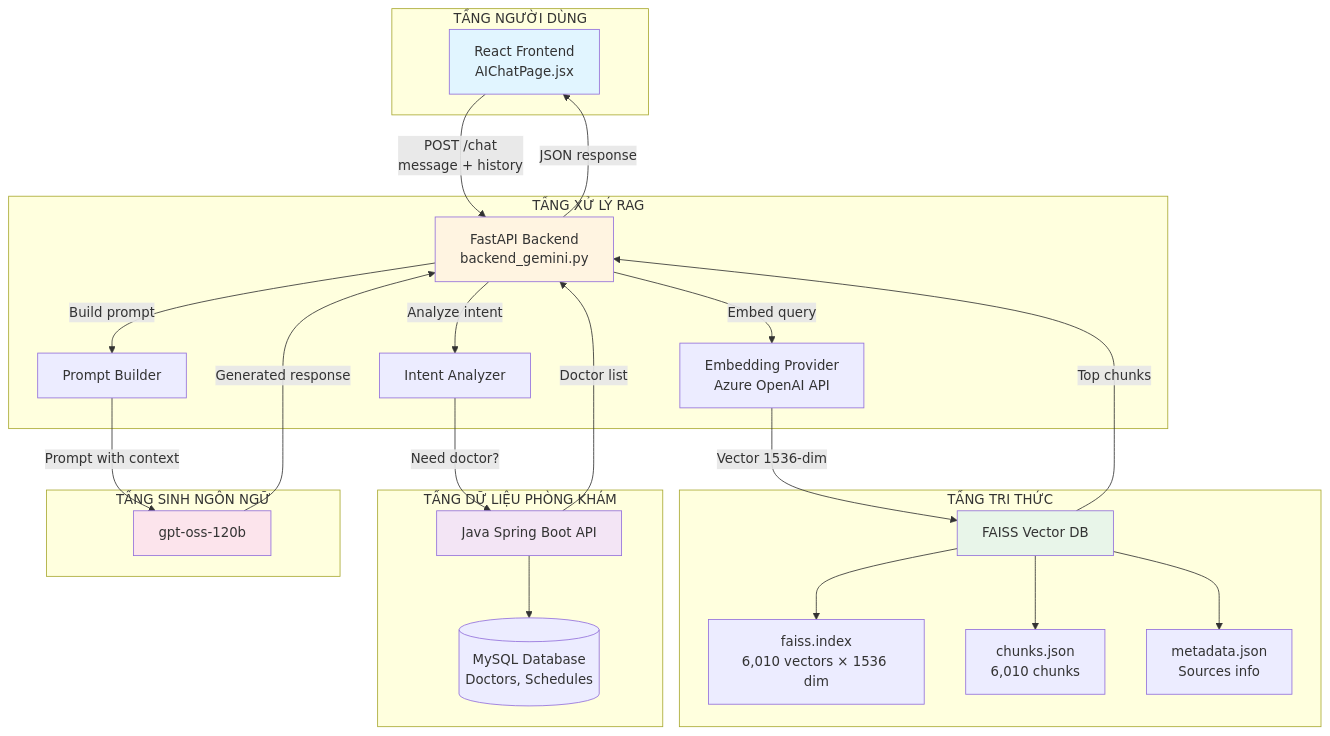
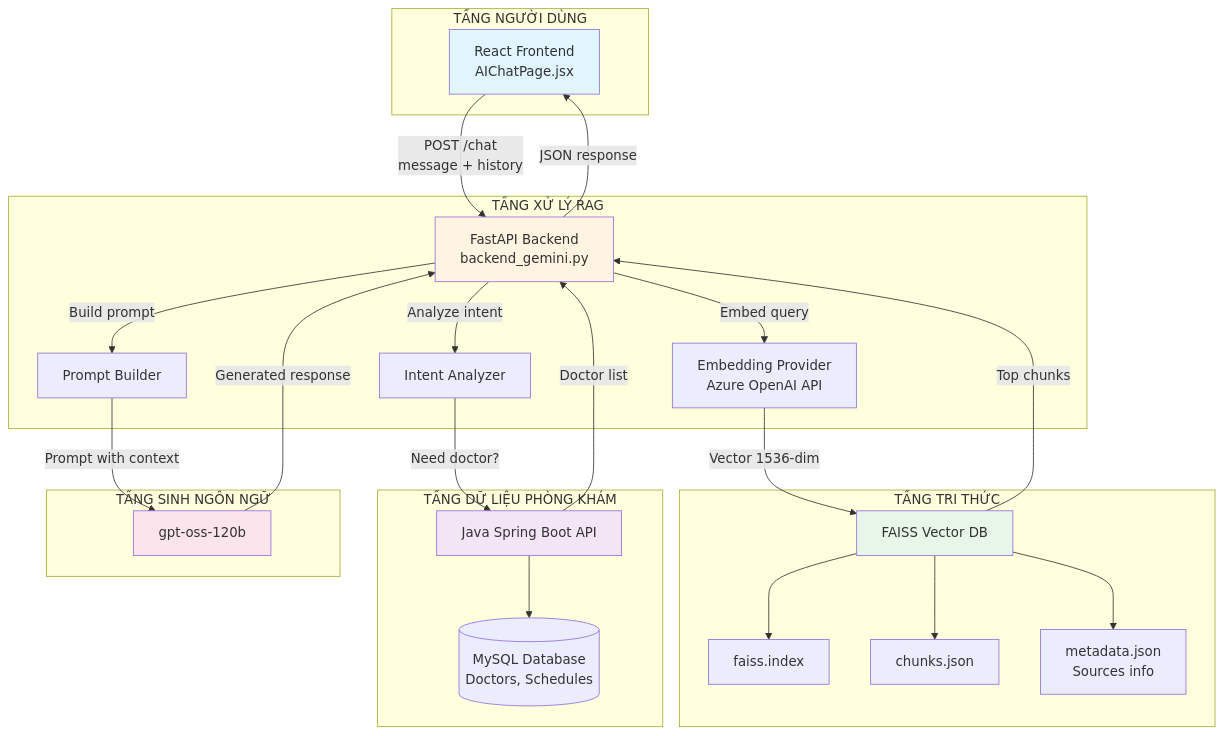
Before and after one commit to damvantu2004/Web: the first of 3 diagrams in 3.2_THIET_KE_VA_TRIEN_KHAI_CHATBOT.md, drawn with Mermaid. The commit also changed other lines of this file, not shown here.

````diff
--- a/3.2_THIET_KE_VA_TRIEN_KHAI_CHATBOT.md
+++ b/3.2_THIET_KE_VA_TRIEN_KHAI_CHATBOT.md
@@ -19,51 +19,51 @@
 ```mermaid
 graph TB
     subgraph "TẦNG NGƯỜI DÙNG"
         A[React Frontend<br/>AIChatPage.jsx]
     end
     
     subgraph "TẦNG XỬ LÝ RAG"
         B[FastAPI Backend<br/>backend_gemini.py]
         B1[Embedding Provider<br/>Azure OpenAI API]
         B2[Prompt Builder]
         B3[Intent Analyzer]
     end
     
     subgraph "TẦNG TRI THỨC"
         C[FAISS Vector DB]
-        C1[faiss.index<br/>6,010 vectors × 1536 dim]
-        C2[chunks.json<br/>6,010 chunks]
+        C1[faiss.index]
+        C2[chunks.json]
         C3[metadata.json<br/>Sources info]
     end
     
     subgraph "TẦNG DỮ LIỆU PHÒNG KHÁM"
         D[Java Spring Boot API]
         D1[(MySQL Database<br/>Doctors, Schedules)]
     end
     
     subgraph "TẦNG SINH NGÔN NGỮ"
         E[gpt-oss-120b]
     end
     
     A -->|POST /chat<br/>message + history| B
     B -->|Embed query| B1
     B1 -->|Vector 1536-dim| C
     C --> C1
     C --> C2
     C --> C3
     C -->|Top chunks| B
     B -->|Analyze intent| B3
     B3 -->|Need doctor?| D
     D --> D1
     D -->|Doctor list| B
     B -->|Build prompt| B2
     B2 -->|Prompt with context| E
     E -->|Generated response| B
     B -->|JSON response| A
     
     style A fill:#e1f5ff
     style B fill:#fff4e1
     style C fill:#e8f5e9
     style D fill:#f3e5f5
     style E fill:#fce4ec
 ```
````
